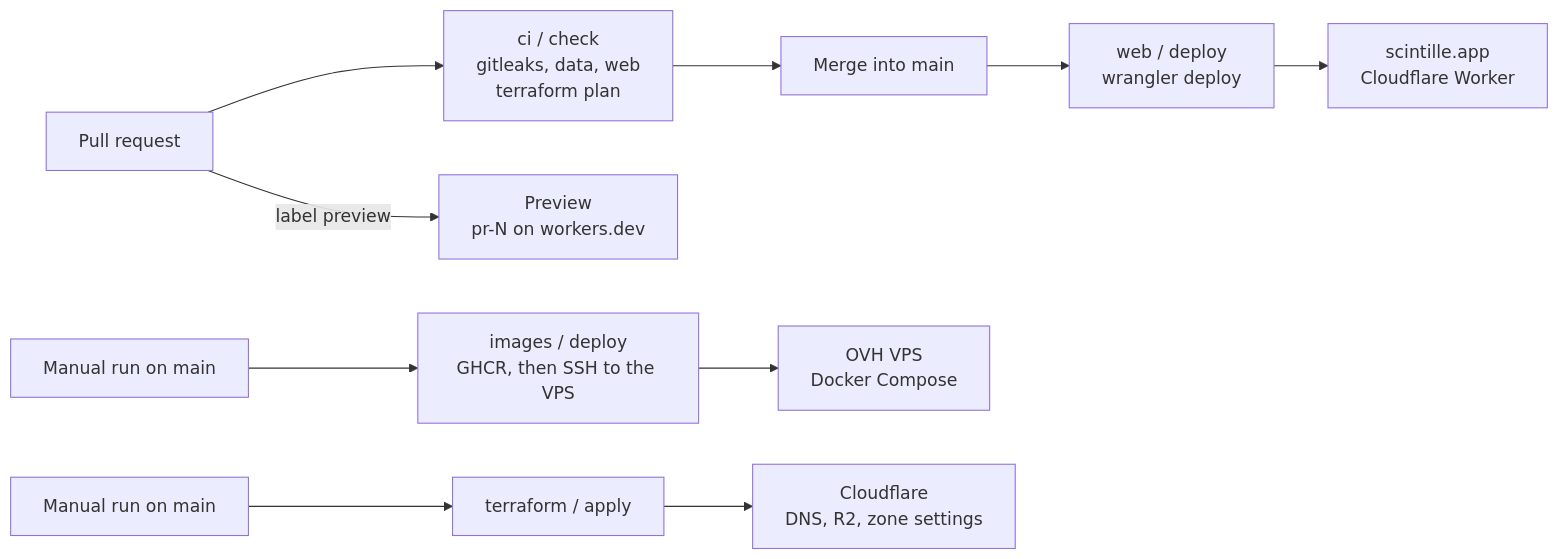
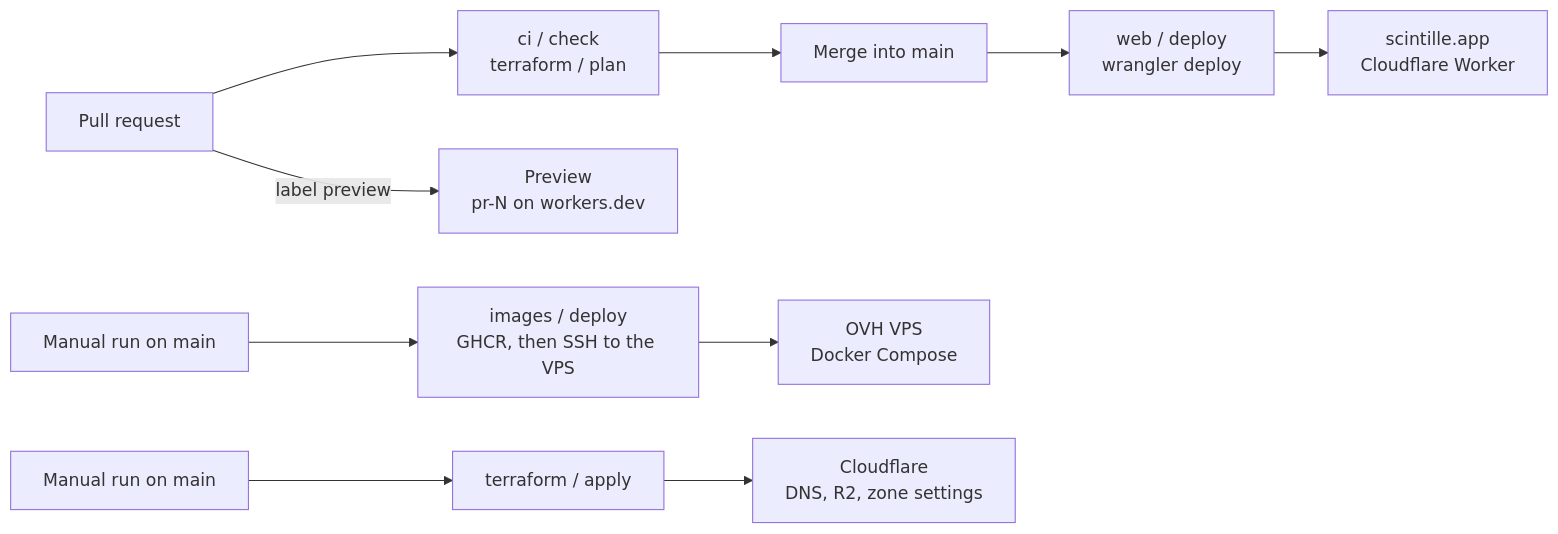
One commit to pierregc/scintille changed the diagram in docs/ci-cd.md. Above: the diagram before and after it, drawn with Mermaid. The commit also changed other lines of this file and 4 other files, not shown here.

````diff
--- a/docs/ci-cd.md
+++ b/docs/ci-cd.md
@@ -22,12 +22,12 @@
 ```mermaid
 flowchart LR
-    pr["Pull request"] --> checks["ci / check<br/>gitleaks, data, web<br/>terraform plan"]
+    pr["Pull request"] --> checks["ci / check<br/>terraform / plan"]
     pr -- "label preview" --> preview["Preview<br/>pr-N on workers.dev"]
     checks --> merge["Merge into main"]
     merge --> webdeploy["web / deploy<br/>wrangler deploy"]
     manualimg["Manual run on main"] --> imgdeploy["images / deploy<br/>GHCR, then SSH to the VPS"]
     webdeploy --> site["scintille.app<br/>Cloudflare Worker"]
     imgdeploy --> vps["OVH VPS<br/>Docker Compose"]
     manual["Manual run on main"] --> tfapply["terraform / apply"]
     tfapply --> cf["Cloudflare<br/>DNS, R2, zone settings"]
 ```
````
